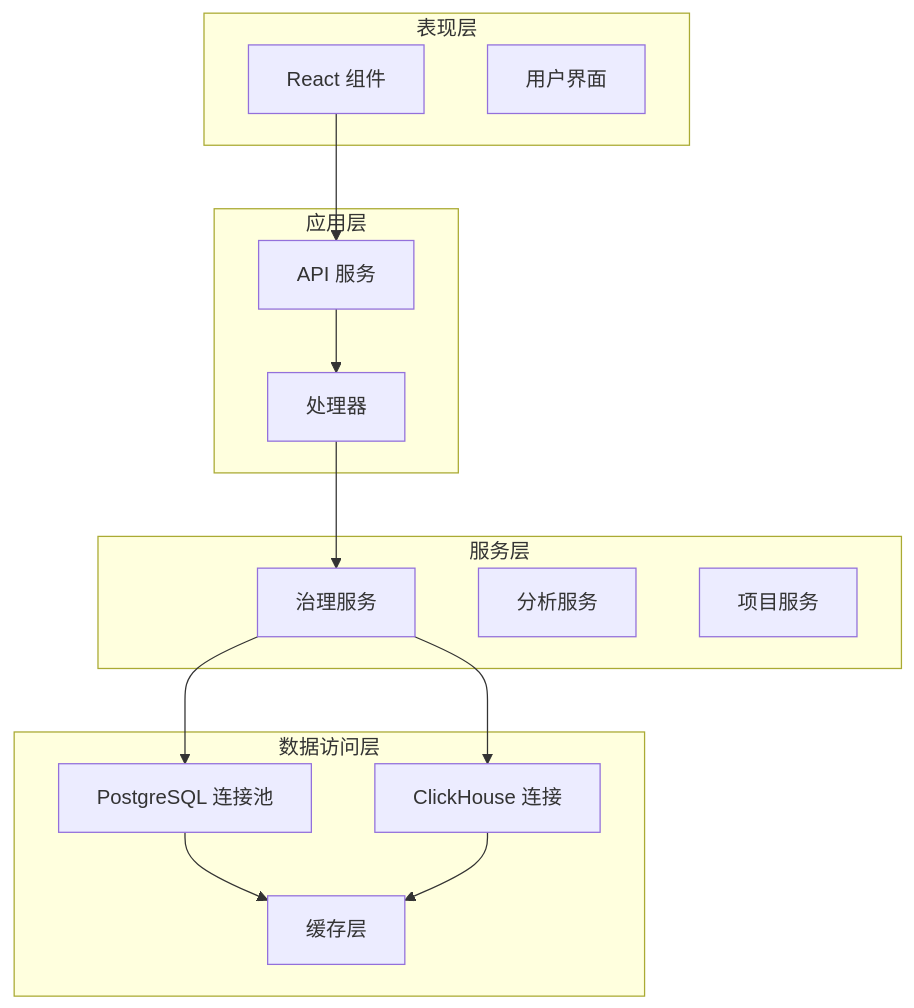
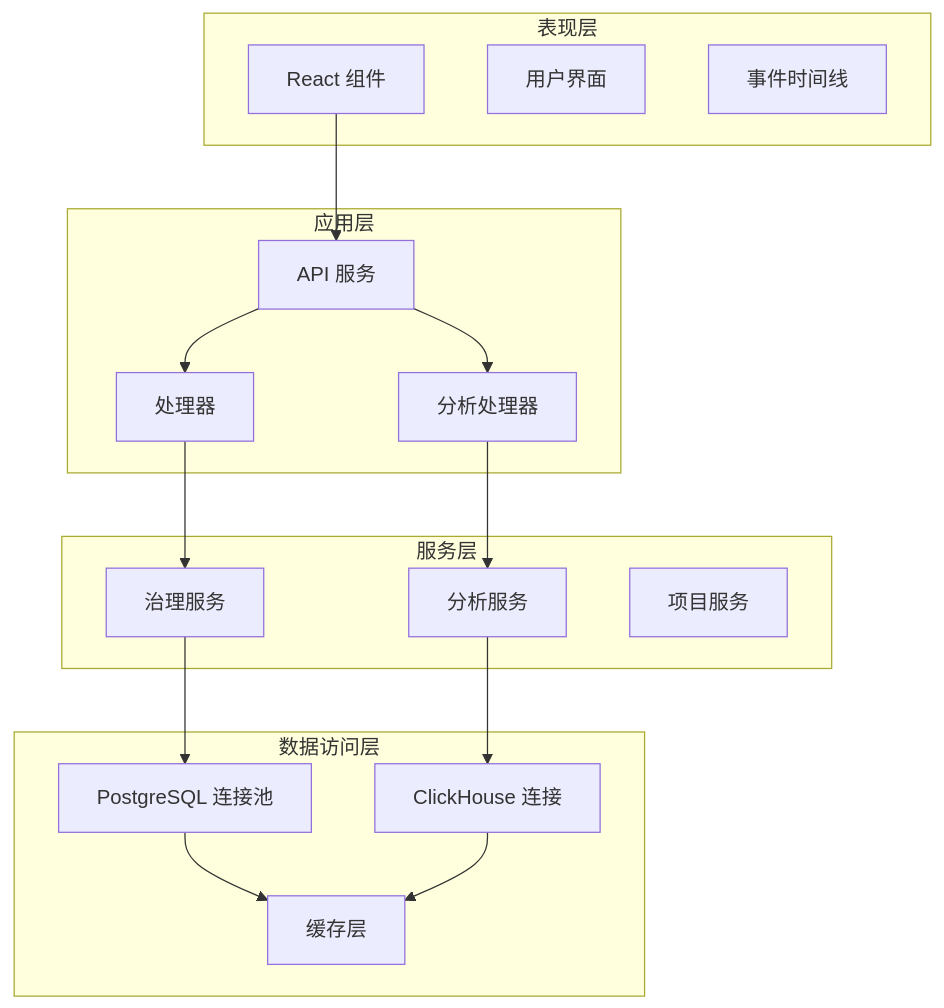
One commit to zhen-zhong/AeroLog changed the third of 11 diagrams in .qoder/repowiki/zh/content/Web控制台/用户管理功能.md. Above: the diagram before and after it, drawn with Mermaid. The commit also changed other lines of this file and 84 other files, not shown here.

````diff
--- a/.qoder/repowiki/zh/content/Web控制台/用户管理功能.md
+++ b/.qoder/repowiki/zh/content/Web控制台/用户管理功能.md
@@ -150,28 +190,32 @@
 ```mermaid
 graph TD
 subgraph "表现层"
 Client[React 组件]
 UI[用户界面]
+EventTimeline[事件时间线]
 end
 subgraph "应用层"
 API[API 服务]
 Handler[处理器]
+AnalyticsHandler[分析处理器]
 end
 subgraph "服务层"
 Governance[治理服务]
 Analytics[分析服务]
 Project[项目服务]
 end
 subgraph "数据访问层"
 PG[PostgreSQL 连接池]
 CH[ClickHouse 连接]
 Cache[缓存层]
 end
 Client --> API
 API --> Handler
+API --> AnalyticsHandler
 Handler --> Governance
+AnalyticsHandler --> Analytics
 Governance --> PG
-Governance --> CH
+Analytics --> CH
 PG --> Cache
 CH --> Cache
 ```
````
